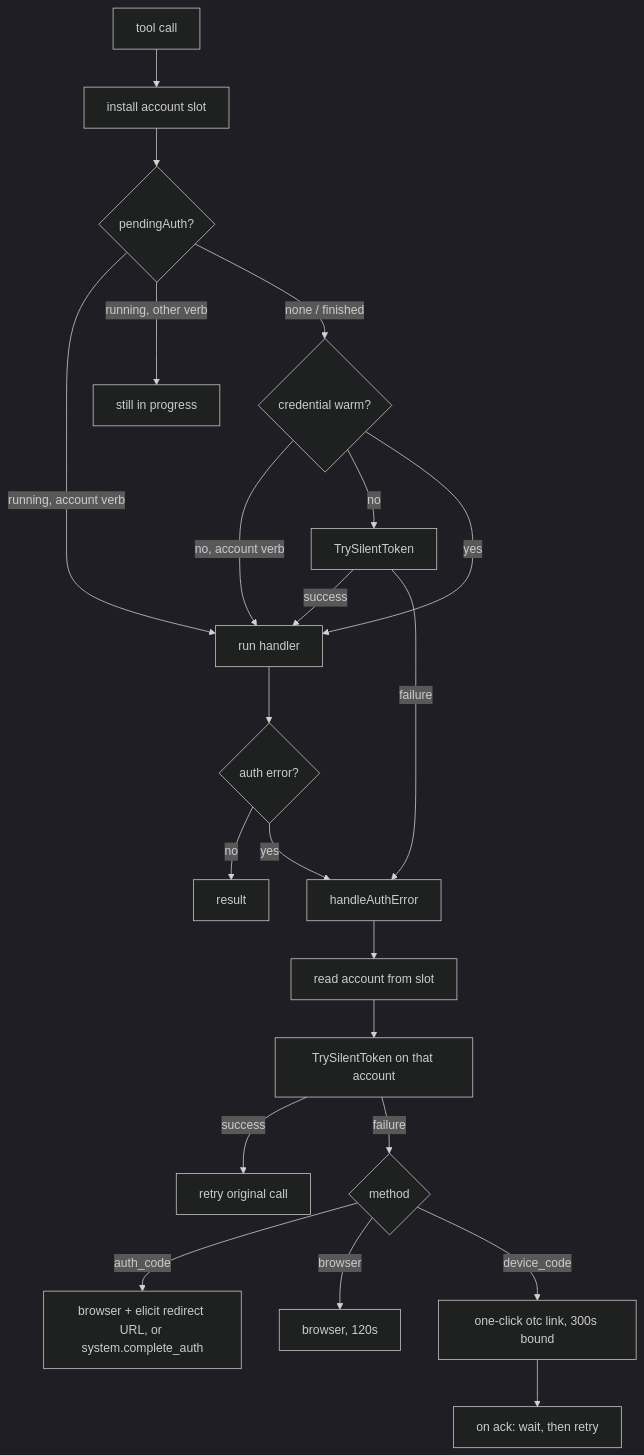
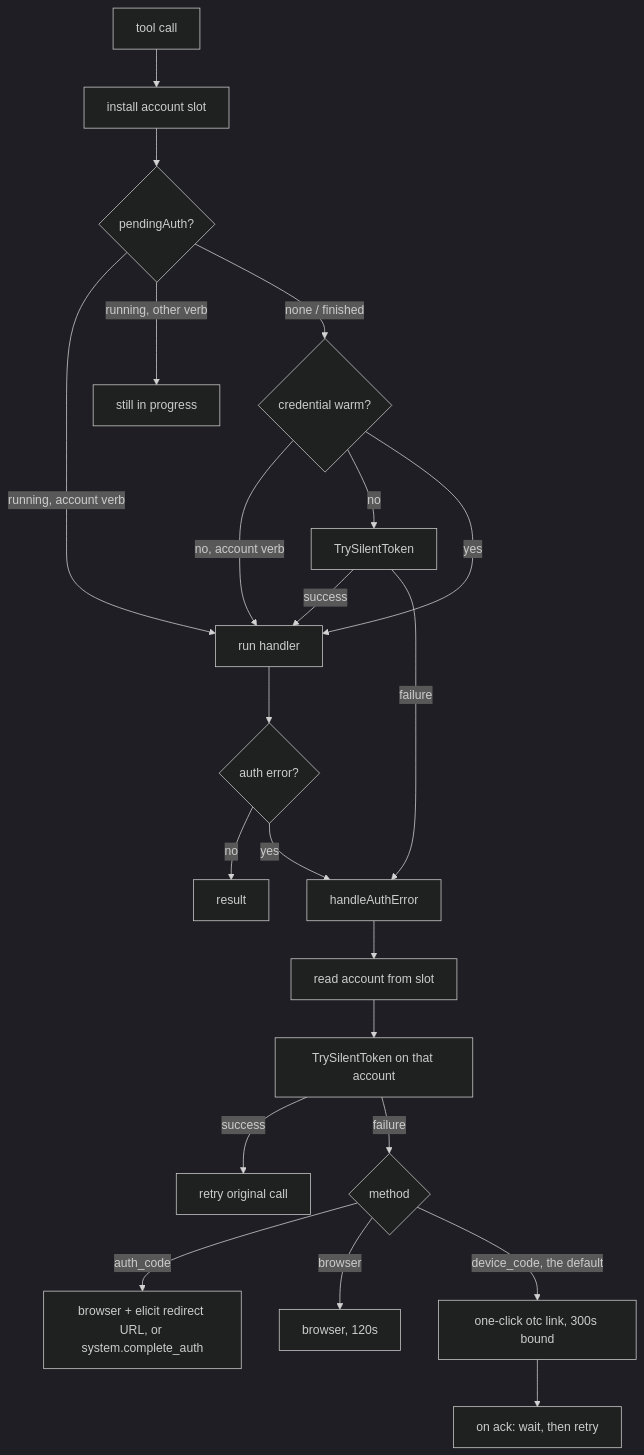
One commit to torenander/outlook-local-mcp changed the second of 2 diagrams in docs/cr/CR-0067-authentication-resilience-and-in-band-recovery.md. Above: the diagram before and after it, drawn with Mermaid (dark theme). The commit also changed other lines of this file and 8 other files, not shown here.

First line of the commit message:
revert(auth): keep device_code as the inferred default (CR-0067 A2)

````diff
--- a/docs/cr/CR-0067-authentication-resilience-and-in-band-recovery.md
+++ b/docs/cr/CR-0067-authentication-resilience-and-in-band-recovery.md
@@ -103,24 +110,24 @@
 ```mermaid
 flowchart TD
     A[tool call] --> B[install account slot]
     B --> C{pendingAuth?}
     C -->|running, account verb| H[run handler]
     C -->|running, other verb| D[still in progress]
     C -->|none / finished| E{credential warm?}
     E -->|no, account verb| H
     E -->|no| F[TrySilentToken]
     F -->|success| H
     F -->|failure| I[handleAuthError]
     E -->|yes| H
     H --> J{auth error?}
     J -->|no| K[result]
     J -->|yes| I
     I --> L[read account from slot]
     L --> M[TrySilentToken on that account]
     M -->|success| N[retry original call]
     M -->|failure| O{method}
     O -->|auth_code| P[browser + elicit redirect URL, or system.complete_auth]
     O -->|browser| Q[browser, 120s]
-    O -->|device_code| R[one-click otc link, 300s bound]
+    O -->|device_code, the default| R[one-click otc link, 300s bound]
     R --> S[on ack: wait, then retry]
 ```
````
